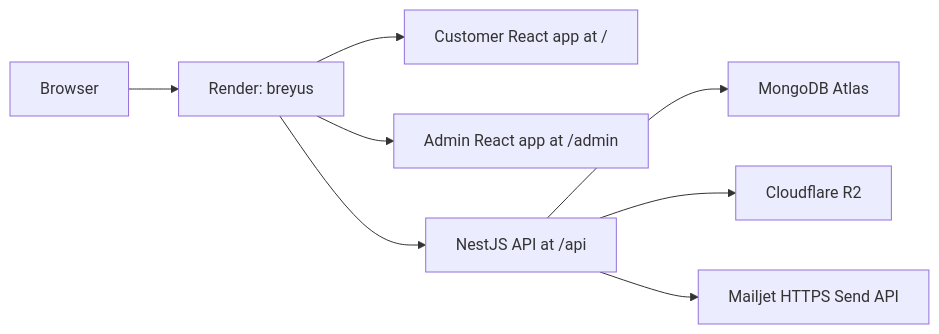
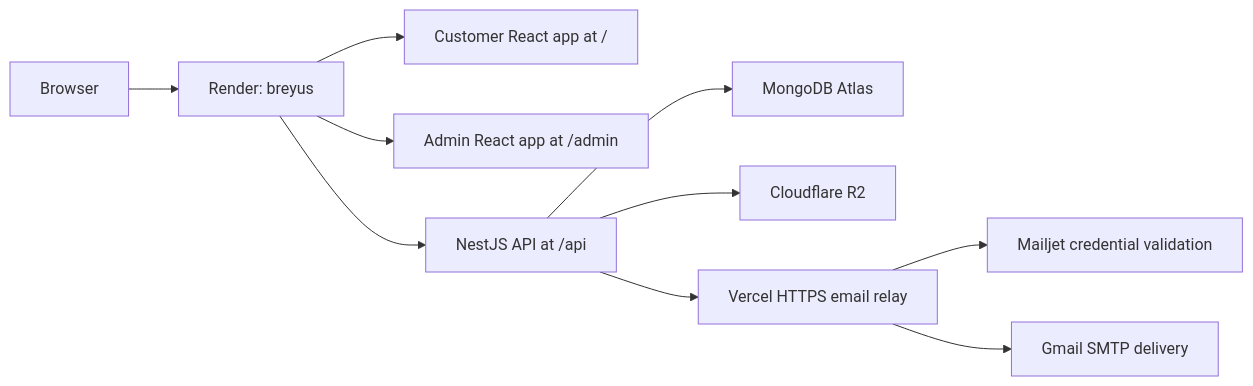
The diagram in context/operations/RENDER_DEPLOYMENT_RUNBOOK.md (heybadrinath/Breyus), drawn with Mermaid before and after one commit. The commit also changed other lines of this file and 14 other files, not shown here.

Commit message:
fix: route security emails through Vercel relay

````diff
--- a/context/operations/RENDER_DEPLOYMENT_RUNBOOK.md
+++ b/context/operations/RENDER_DEPLOYMENT_RUNBOOK.md
@@ -38,10 +39,12 @@
 ```mermaid
 flowchart LR
     Browser["Browser"] --> Render["Render: breyus"]
     Render --> Web["Customer React app at /"]
     Render --> Admin["Admin React app at /admin"]
     Render --> API["NestJS API at /api"]
     API --> Atlas["MongoDB Atlas"]
     API --> R2["Cloudflare R2"]
-    API --> Mailjet["Mailjet HTTPS Send API"]
+    API --> Relay["Vercel HTTPS email relay"]
+    Relay --> Mailjet["Mailjet credential validation"]
+    Relay --> Gmail["Gmail SMTP delivery"]
 ```
````
